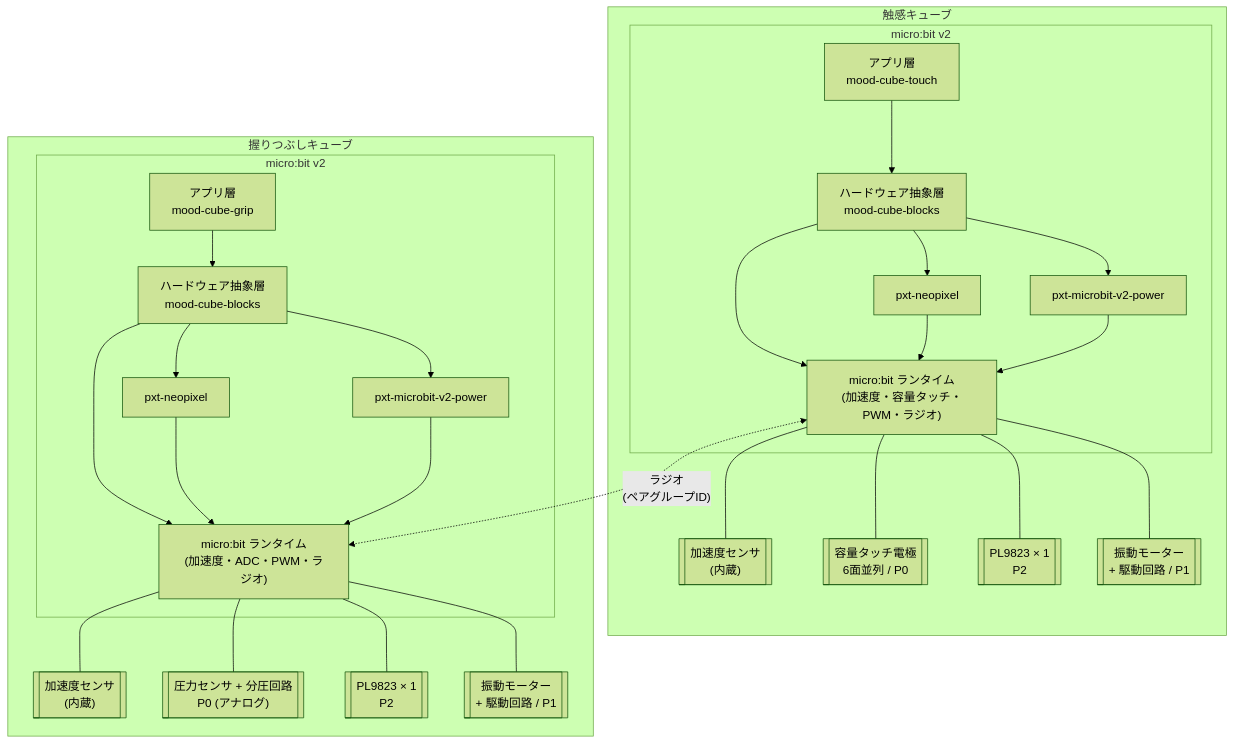
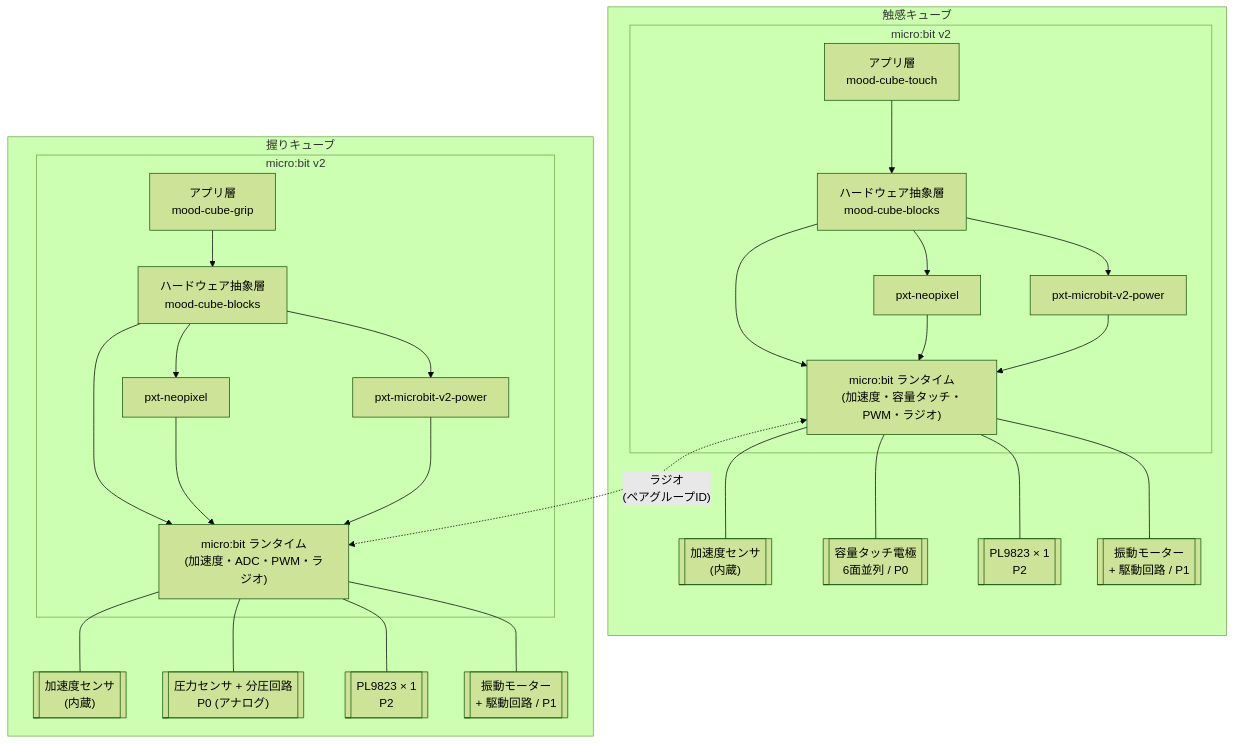
The diagram in docs/architecture.md (hideosasaki/mood-cube-blocks), drawn with Mermaid (forest theme) before and after one commit. The commit also changed other lines of this file and 8 other files, not shown here.

````diff
--- a/docs/architecture.md
+++ b/docs/architecture.md
@@ -23,52 +23,52 @@
 ```mermaid
 flowchart TB
     subgraph TouchCube["触感キューブ"]
         subgraph TouchMbit["micro:bit v2"]
             TouchApp["アプリ層<br/>mood-cube-touch"]
             TouchExt["ハードウェア抽象層<br/>mood-cube-blocks"]
             TouchNeo["pxt-neopixel"]
             TouchPwr["pxt-microbit-v2-power"]
             TouchRuntime["micro:bit ランタイム<br/>(加速度・容量タッチ・PWM・ラジオ)"]
             TouchApp --> TouchExt
             TouchExt --> TouchNeo
             TouchExt --> TouchPwr
             TouchExt --> TouchRuntime
             TouchNeo --> TouchRuntime
             TouchPwr --> TouchRuntime
         end
         TouchAccel[["加速度センサ<br/>(内蔵)"]]
         TouchPins[["容量タッチ電極<br/>6面並列 / P0"]]
         TouchLed[["PL9823 × 1<br/>P2"]]
         TouchVibe[["振動モーター<br/>+ 駆動回路 / P1"]]
         TouchRuntime --- TouchAccel
         TouchRuntime --- TouchPins
         TouchRuntime --- TouchLed
         TouchRuntime --- TouchVibe
     end
 
-    subgraph GripCube["握りつぶしキューブ"]
+    subgraph GripCube["握りキューブ"]
         subgraph GripMbit["micro:bit v2"]
             GripApp["アプリ層<br/>mood-cube-grip"]
             GripExt["ハードウェア抽象層<br/>mood-cube-blocks"]
             GripNeo["pxt-neopixel"]
             GripPwr["pxt-microbit-v2-power"]
             GripRuntime["micro:bit ランタイム<br/>(加速度・ADC・PWM・ラジオ)"]
             GripApp --> GripExt
             GripExt --> GripNeo
             GripExt --> GripPwr
             GripExt --> GripRuntime
             GripNeo --> GripRuntime
             GripPwr --> GripRuntime
         end
         GripAccel[["加速度センサ<br/>(内蔵)"]]
         GripPressure[["圧力センサ + 分圧回路<br/>P0 (アナログ)"]]
         GripLed[["PL9823 × 1<br/>P2"]]
         GripVibe[["振動モーター<br/>+ 駆動回路 / P1"]]
         GripRuntime --- GripAccel
         GripRuntime --- GripPressure
         GripRuntime --- GripLed
         GripRuntime --- GripVibe
     end
 
     TouchRuntime <-. "ラジオ<br/>(ペアグループID)" .-> GripRuntime
 ```
````
